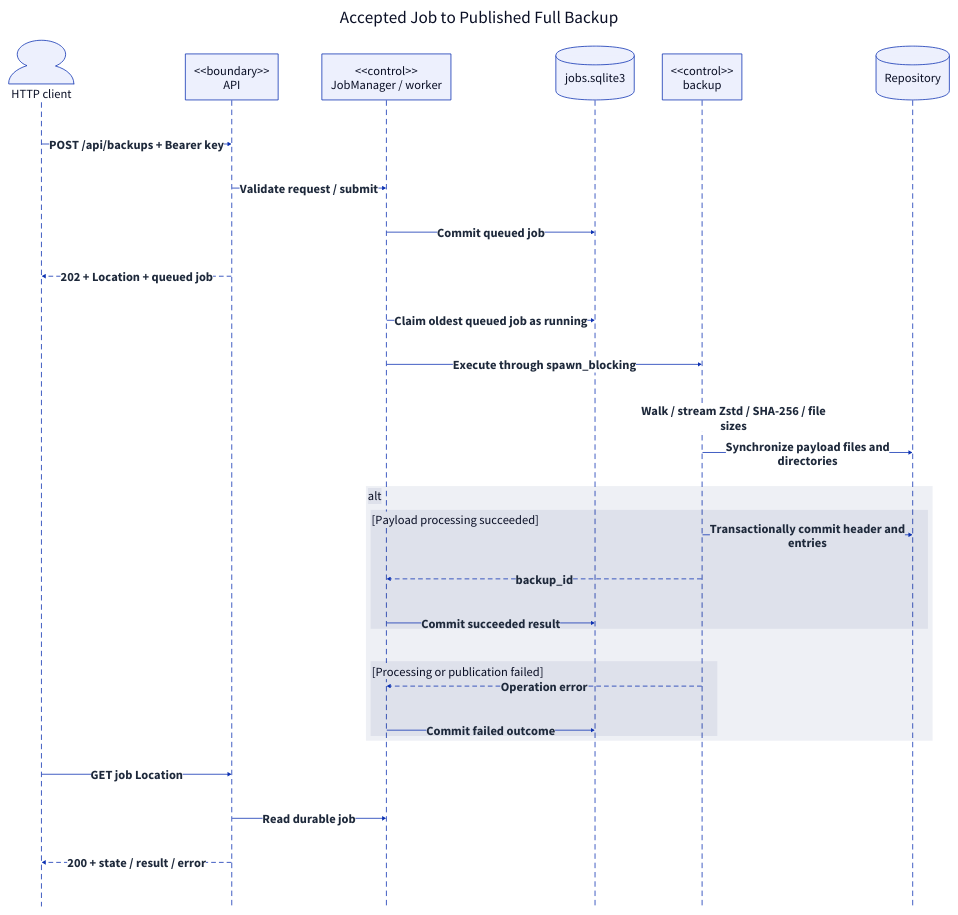
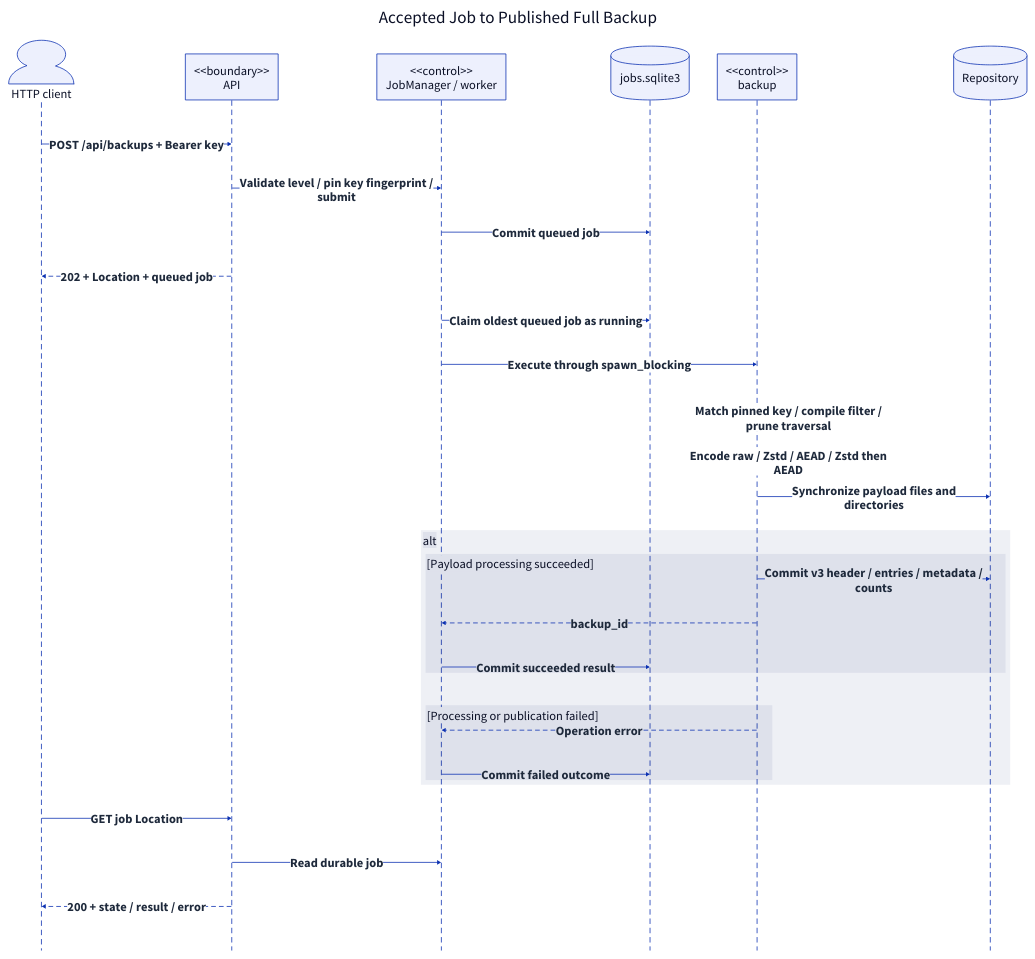
The diagram in docs/report/generated/system-sequence-backup.d2 (qi7876/software-development-exp), drawn with D2 before and after one commit. The commit also changed 26 other files, not shown here.

First line of the commit message:
docs: align course report with current architecture (#21)

```diff
--- a/docs/report/generated/system-sequence-backup.d2
+++ b/docs/report/generated/system-sequence-backup.d2
@@ -1,40 +1,41 @@
 # Generated from docs/report/model.yaml; do not edit directly.
 direction: down
 **.style.font-size: 32
 (** -> **)[*].style: {font-size: 32; bold: true; italic: false; font-color: "#1E293B"}
 (** -- **)[*].style: {font-size: 32; bold: true; italic: false; font-color: "#1E293B"}
 (** <- **)[*].style: {font-size: 32; bold: true; italic: false; font-color: "#1E293B"}
 diagram: "Accepted Job to Published Full Backup" {
   style.font-size: 44
   style.fill: white
   style.stroke: transparent
   shape: sequence_diagram
   Client: "HTTP client" {shape: person}
   API: "<<boundary>>\nAPI" {shape: rectangle}
   Jobs: "<<control>>\nJobManager / worker" {shape: rectangle}
   DB: "jobs.sqlite3" {shape: cylinder}
   Backup: "<<control>>\nbackup" {shape: rectangle}
   Repo: "Repository" {shape: cylinder}
   Client -> API: "POST /api/backups + Bearer key"
-  API -> Jobs: "Validate request / submit"
+  API -> Jobs: "Validate level / pin key fingerprint /\nsubmit"
   Jobs -> DB: "Commit queued job"
   API -> Client: "202 + Location + queued job" {style.stroke-dash: 5}
   Jobs -> DB: "Claim oldest queued job as running"
   Jobs -> Backup: "Execute through spawn_blocking"
-  Backup -> Backup: "Walk / stream Zstd / SHA-256 / file\nsizes"
+  Backup -> Backup: "Match pinned key / compile filter /\nprune traversal"
+  Backup -> Backup: "Encode raw / Zstd / AEAD / Zstd then\nAEAD"
   Backup -> Repo: "Synchronize payload files and\ndirectories"
-  fragment_8: alt {
-    branch_8: "[Payload processing succeeded]" {
-      Backup -> Repo: "Transactionally commit header and\nentries"
+  fragment_9: alt {
+    branch_9: "[Payload processing succeeded]" {
+      Backup -> Repo: "Commit v3 header / entries / metadata /\ncounts"
       Backup -> Jobs: "backup_id" {style.stroke-dash: 5}
       Jobs -> DB: "Commit succeeded result"
     }
-    branch_12: "[Processing or publication failed]" {
+    branch_13: "[Processing or publication failed]" {
       Backup -> Jobs: "Operation error" {style.stroke-dash: 5}
       Jobs -> DB: "Commit failed outcome"
     }
   }
   Client -> API: "GET job Location"
   API -> Jobs: "Read durable job"
   API -> Client: "200 + state / result / error" {style.stroke-dash: 5}
 }
```
